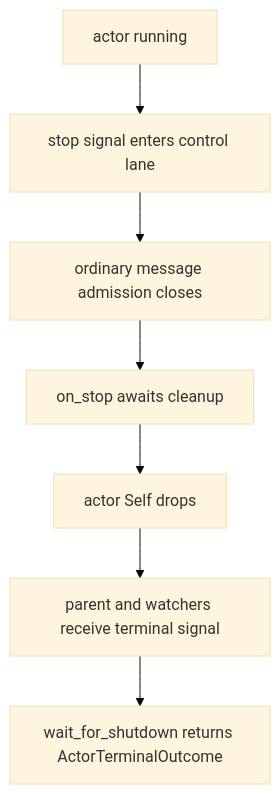
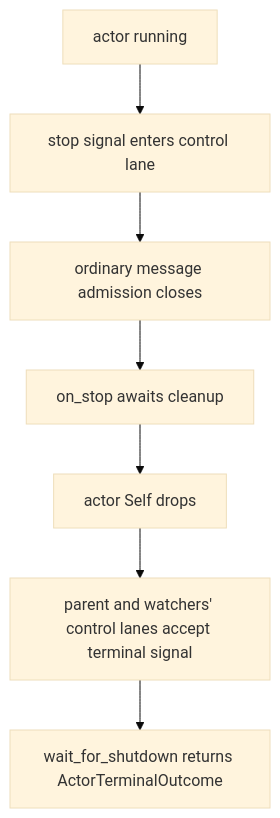
The first of 5 diagrams in reports/operator/132-kameo-component-migration-plan.md (LiGoldragon/primary), drawn with Mermaid (base theme) before and after one commit. The commit also changed other lines of this file and 2 other files, not shown here.

````diff
--- a/reports/operator/132-kameo-component-migration-plan.md
+++ b/reports/operator/132-kameo-component-migration-plan.md
@@ -96,9 +96,9 @@
 ```mermaid
 flowchart TD
     start["actor running"] --> stop["stop signal enters control lane"]
     stop --> close["ordinary message admission closes"]
     close --> cleanup["on_stop awaits cleanup"]
     cleanup --> drop["actor Self drops"]
-    drop --> notify["parent and watchers receive terminal signal"]
+    drop --> notify["parent and watchers' control lanes accept terminal signal"]
     notify --> outcome["wait_for_shutdown returns ActorTerminalOutcome"]
 ```
````
